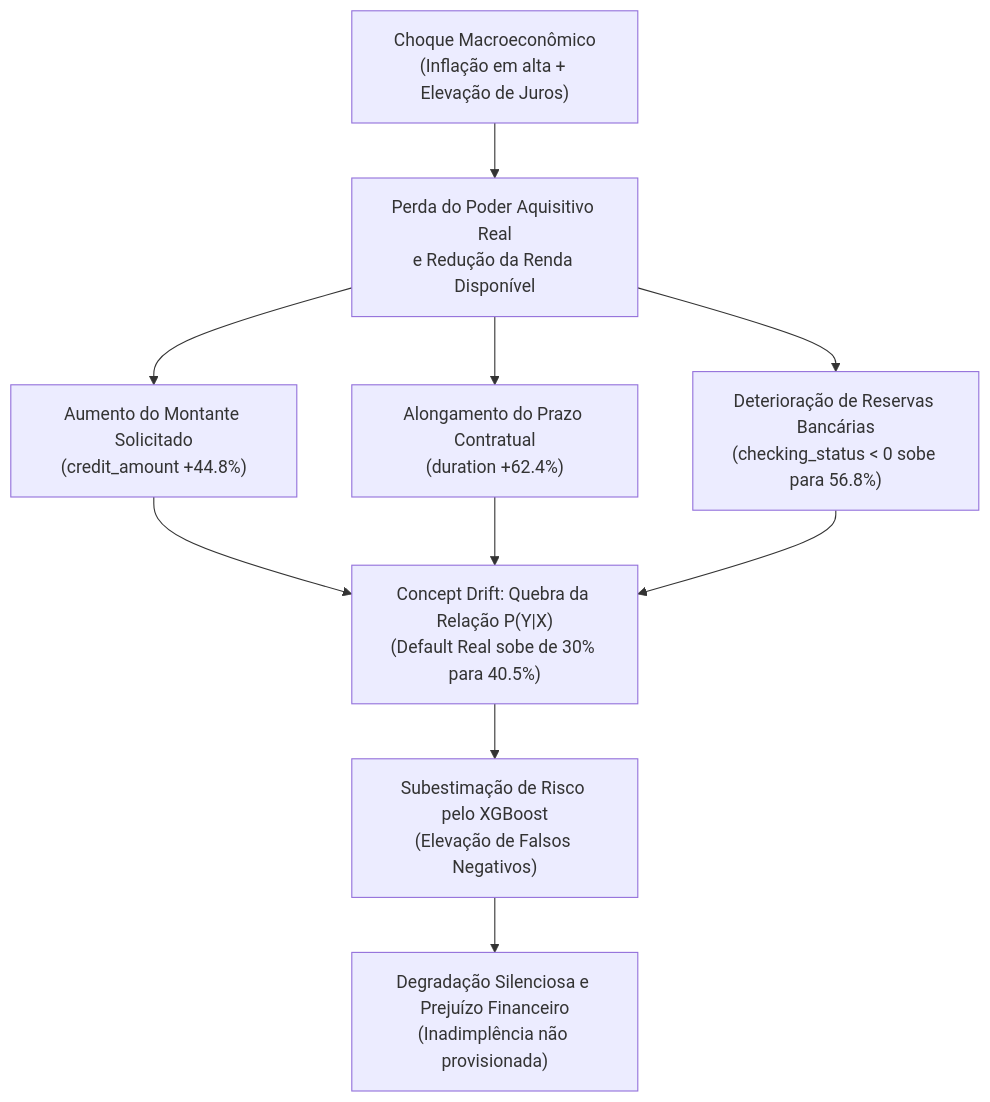
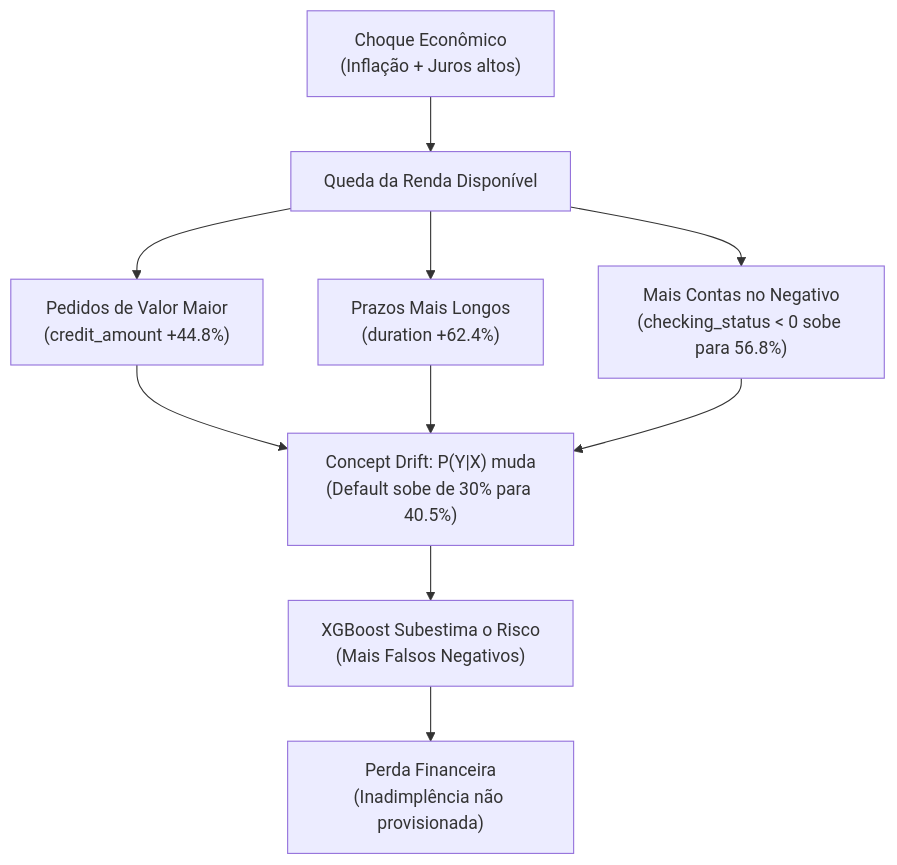
Before and after one commit to RaphaelDyorgenes/Detecao-de-Drift-e-Qualidade-de-Dados: the second of 2 diagrams in README.md, drawn with Mermaid. The commit also changed other lines of this file and 11 other files, not shown here.

````diff
--- a/README.md
+++ b/README.md
@@ -249,19 +216,19 @@
 ```mermaid
 flowchart TD
-    Macro["Choque Macroeconômico\n(Inflação em alta + Elevação de Juros)"]
-    Renda["Perda do Poder Aquisitivo Real\ne Redução da Renda Disponível"]
-    Montante["Aumento do Montante Solicitado\n(credit_amount +44.8%)"]
-    Prazo["Alongamento do Prazo Contratual\n(duration +62.4%)"]
-    Conta["Deterioração de Reservas Bancárias\n(checking_status &lt; 0 sobe para 56.8%)"]
-    Concept["Concept Drift: Quebra da Relação P(Y|X)\n(Default Real sobe de 30% para 40.5%)"]
-    XGBoost["Subestimação de Risco pelo XGBoost\n(Elevação de Falsos Negativos)"]
-    Prejuizo["Degradação Silenciosa e Prejuízo Financeiro\n(Inadimplência não provisionada)"]
+    Macro["Choque Econômico\n(Inflação + Juros altos)"]
+    Renda["Queda da Renda Disponível"]
+    Montante["Pedidos de Valor Maior\n(credit_amount +44.8%)"]
+    Prazo["Prazos Mais Longos\n(duration +62.4%)"]
+    Conta["Mais Contas no Negativo\n(checking_status &lt; 0 sobe para 56.8%)"]
+    Concept["Concept Drift: P(Y|X) muda\n(Default sobe de 30% para 40.5%)"]
+    XGBoost["XGBoost Subestima o Risco\n(Mais Falsos Negativos)"]
+    Prejuizo["Perda Financeira\n(Inadimplência não provisionada)"]
 
     Macro --> Renda
     Renda --> Montante
     Renda --> Prazo
     Renda --> Conta
     Montante & Prazo & Conta --> Concept
     Concept --> XGBoost
     XGBoost --> Prejuizo
 ```
````
